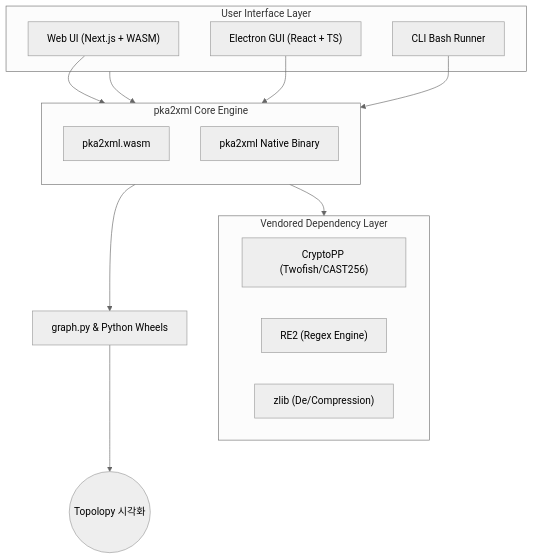
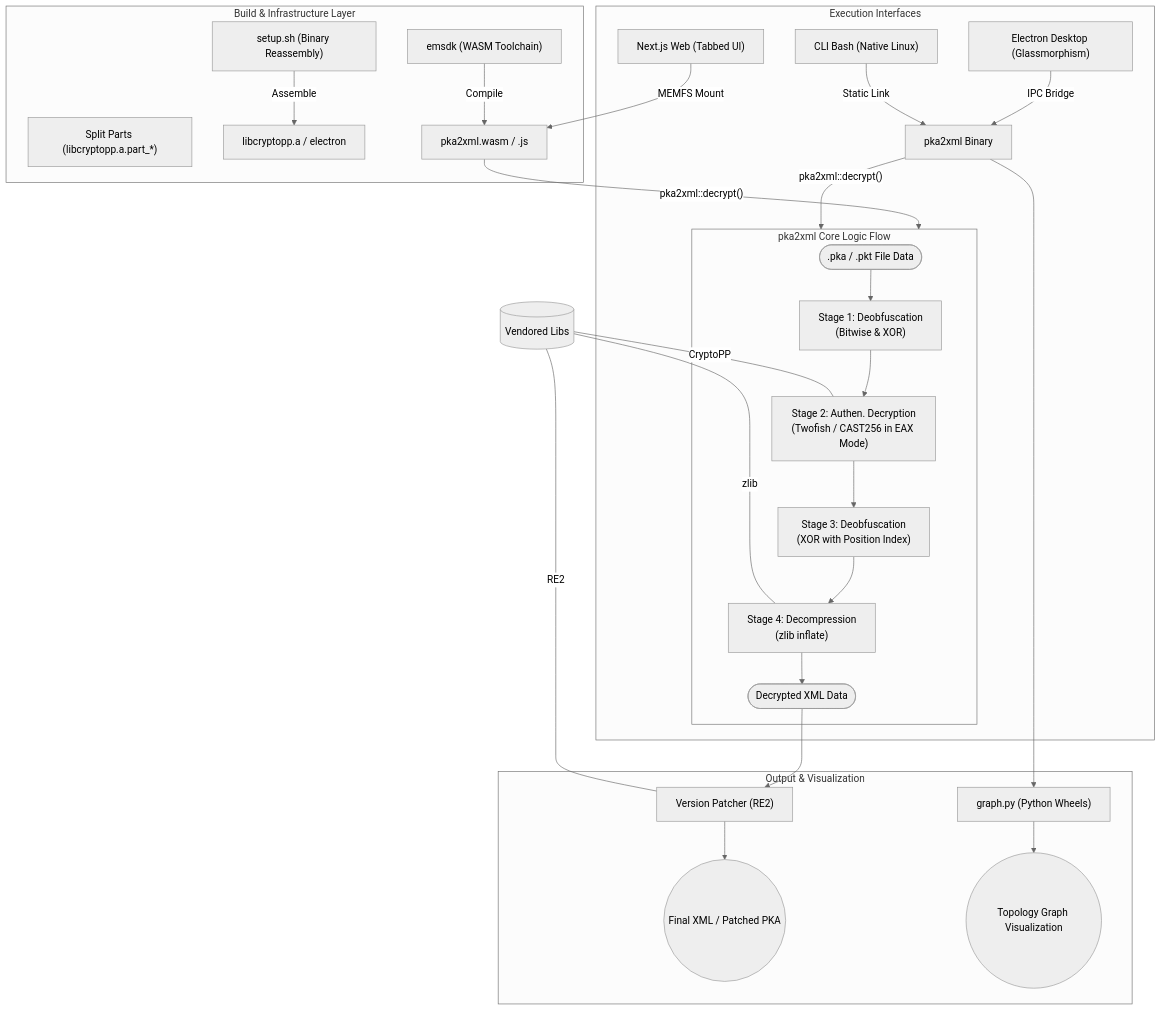
Before and after one commit to hslcrb/pka2xml_hslcrb-vendored: the diagram in readme.md, drawn with Mermaid (neutral theme). The commit also changed other lines of this file, not shown here.

Commit message:
Doc: Ultra-Detailed Full Spectrum Architecture Map & Directory Tree

````diff
--- a/readme.md
+++ b/readme.md
@@ -16,30 +18,57 @@
 ```mermaid
 graph TB
-    subgraph UI_Layer [User Interface Layer]
-        Web["Web UI (Next.js + WASM)"]
-        GUI["Electron GUI (React + TS)"]
-        CLI_Run["CLI Bash Runner"]
+    %% 빌드 및 환경 구성 레이어
+    subgraph Build_Pipeline [Build & Infrastructure Layer]
+        Setup["setup.sh (Binary Reassembly)"]
+        Split_Bin["Split Parts (libcryptopp.a.part_*)"]
+        EMSCRIPTEN["emsdk (WASM Toolchain)"]
+        
+        Setup -- "Assemble" --> Native_Libs[libcryptopp.a / electron]
+        EMSCRIPTEN -- "Compile" --> WASM_Module[pka2xml.wasm / .js]
     end
 
-    subgraph Core_Engine [pka2xml Core Engine]
-        direction TB
-        WASM["pka2xml.wasm"]
-        Native["pka2xml Native Binary"]
+    %% 데이터 처리 및 복호화 레이어 (The "ERD" of Logic)
+    subgraph Decryption_Engine [pka2xml Core Logic Flow]
+        PKA_IN([.pka / .pkt File Data])
+        
+        Stage1["Stage 1: Deobfuscation\n(Bitwise & XOR)"]
+        Stage2["Stage 2: Authen. Decryption\n(Twofish / CAST256 in EAX Mode)"]
+        Stage3["Stage 3: Deobfuscation\n(XOR with Position Index)"]
+        Stage4["Stage 4: Decompression\n(zlib inflate)"]
+        
+        PKA_IN --> Stage1
+        Stage1 --> Stage2
+        Stage2 --> Stage3
+        Stage3 --> Stage4
+        Stage4 --> XML_OUT([Decrypted XML Data])
     end
 
-    subgraph Libraries [Vendored Dependency Layer]
-        Crypto["CryptoPP (Twofish/CAST256)"]
-        Regex["RE2 (Regex Engine)"]
-        Compression["zlib (De/Compression)"]
+    %% 사용자 인터페이스 및 실행 레이어
+    subgraph Interface_Layer [Execution Interfaces]
+        Web_App["Next.js Web (Tabbed UI)"]
+        GUI_App["Electron Desktop (Glassmorphism)"]
+        CLI_Runner["CLI Bash (Native Linux)"]
+        
+        Web_App -- "MEMFS Mount" --> WASM_Module
+        WASM_Module -- "pka2xml::decrypt()" --> Decryption_Engine
+        
+        GUI_App -- "IPC Bridge" --> Native_Bin["pka2xml Binary"]
+        CLI_Runner -- "Static Link" --> Native_Bin
+        Native_Bin -- "pka2xml::decrypt()" --> Decryption_Engine
     end
 
-    UI_Layer --> Core_Engine
-    Core_Engine --> Libraries
-    
-    Web --> WASM
-    GUI --> Native
-    CLI_Run --> Native
-    
-    Native --> PythonGraph[graph.py & Python Wheels]
-    PythonGraph --> Viz((Topolopy 시각화))
+    %% 결과물 및 후처리 레이어
+    subgraph Post_Processing [Output & Visualization]
+        XML_OUT --> Fix_Version["Version Patcher (RE2)"]
+        Fix_Version --> Final_XML((Final XML / Patched PKA))
+        
+        Native_Bin --> PyGraph["graph.py (Python Wheels)"]
+        PyGraph --> Topology((Topology Graph Visualization))
+    end
+
+    %% 의존성 관계
+    Libraries[(Vendored Libs)]
+    Libraries --- |"CryptoPP"| Stage2
+    Libraries --- |"RE2"| Fix_Version
+    Libraries --- |"zlib"| Stage4
 ```
````
